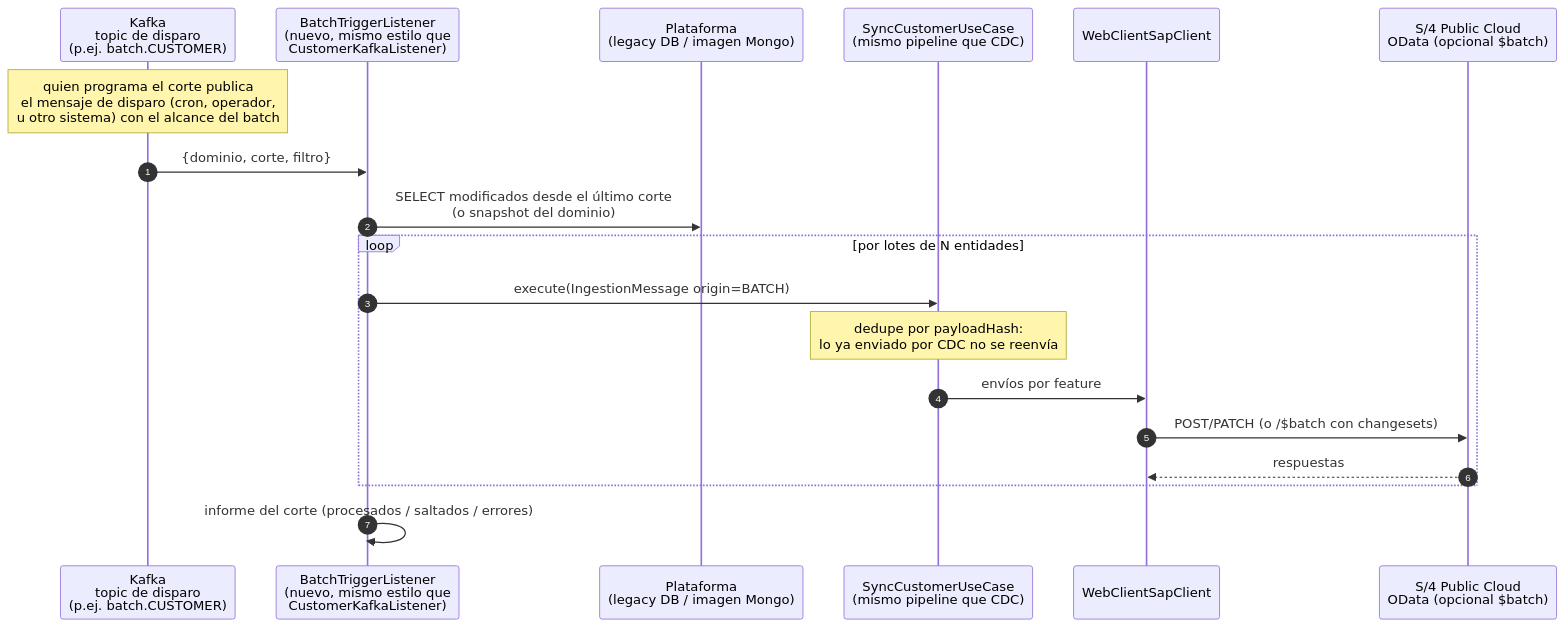
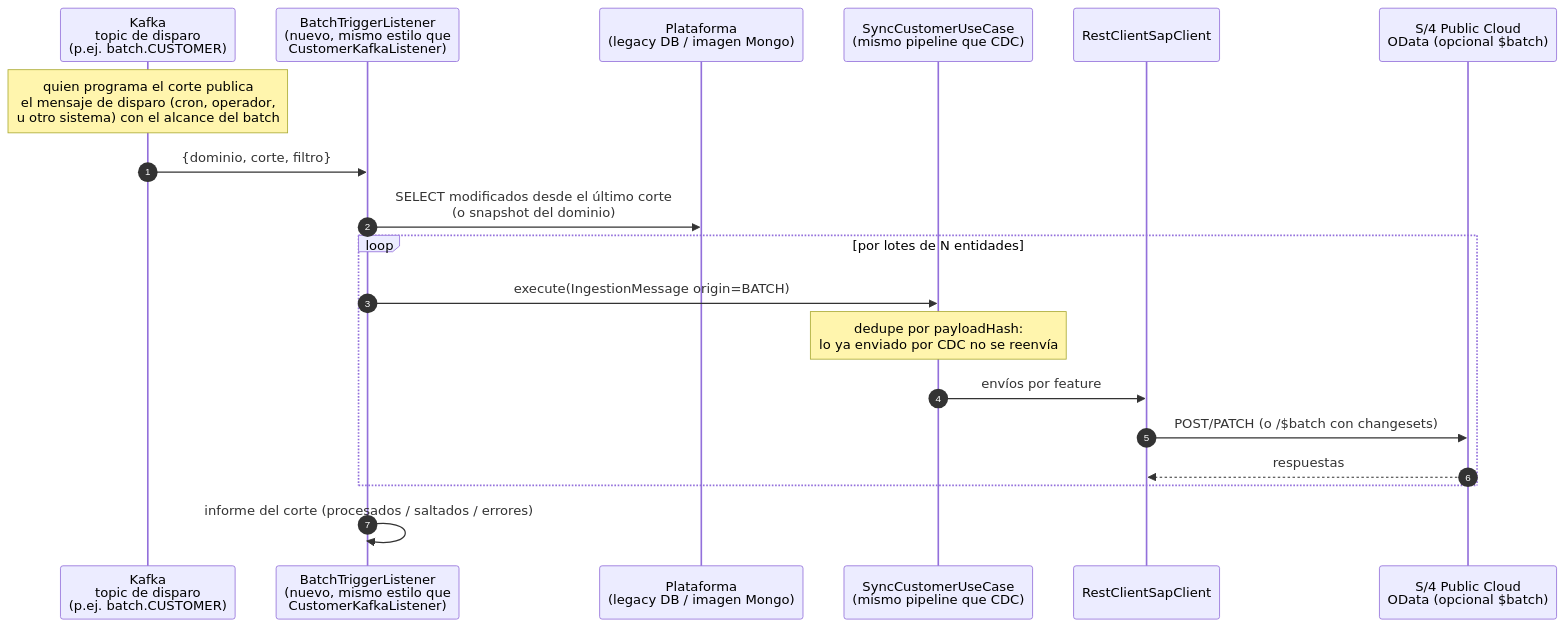
Before and after one commit to xurxovega/poc-sap-integration-java: the fourth of 5 diagrams in docs/architecture/INTEGRATION-PATTERNS.md, drawn with Mermaid. The commit also changed other lines of this file and 35 other files, not shown here.

First line of the commit message:
Fase 3.1 de la auditoria: transporte SAP sobre RestClient (ADR-0001) y CSRF con la auth del destino

````diff
--- a/docs/architecture/INTEGRATION-PATTERNS.md
+++ b/docs/architecture/INTEGRATION-PATTERNS.md
@@ -163,22 +163,22 @@
 ```mermaid
 sequenceDiagram
     autonumber
     participant TRG as Kafka<br/>topic de disparo<br/>(p.ej. batch.CUSTOMER)
     participant BL as BatchTriggerListener<br/>(nuevo, mismo estilo que<br/>CustomerKafkaListener)
     participant DB as Plataforma<br/>(legacy DB / imagen Mongo)
     participant UC as SyncCustomerUseCase<br/>(mismo pipeline que CDC)
-    participant CL as WebClientSapClient
+    participant CL as RestClientSapClient
     participant S4 as S/4 Public Cloud<br/>OData (opcional $batch)
 
     Note over TRG: quien programa el corte publica<br/>el mensaje de disparo (cron, operador,<br/>u otro sistema) con el alcance del batch
     TRG->>BL: {dominio, corte, filtro}
     BL->>DB: SELECT modificados desde el último corte<br/>(o snapshot del dominio)
     loop por lotes de N entidades
         BL->>UC: execute(IngestionMessage origin=BATCH)
         Note over UC: dedupe por payloadHash:<br/>lo ya enviado por CDC no se reenvía
         UC->>CL: envíos por feature
         CL->>S4: POST/PATCH (o /$batch con changesets)
         S4-->>CL: respuestas
     end
     BL->>BL: informe del corte (procesados / saltados / errores)
 ```
````
